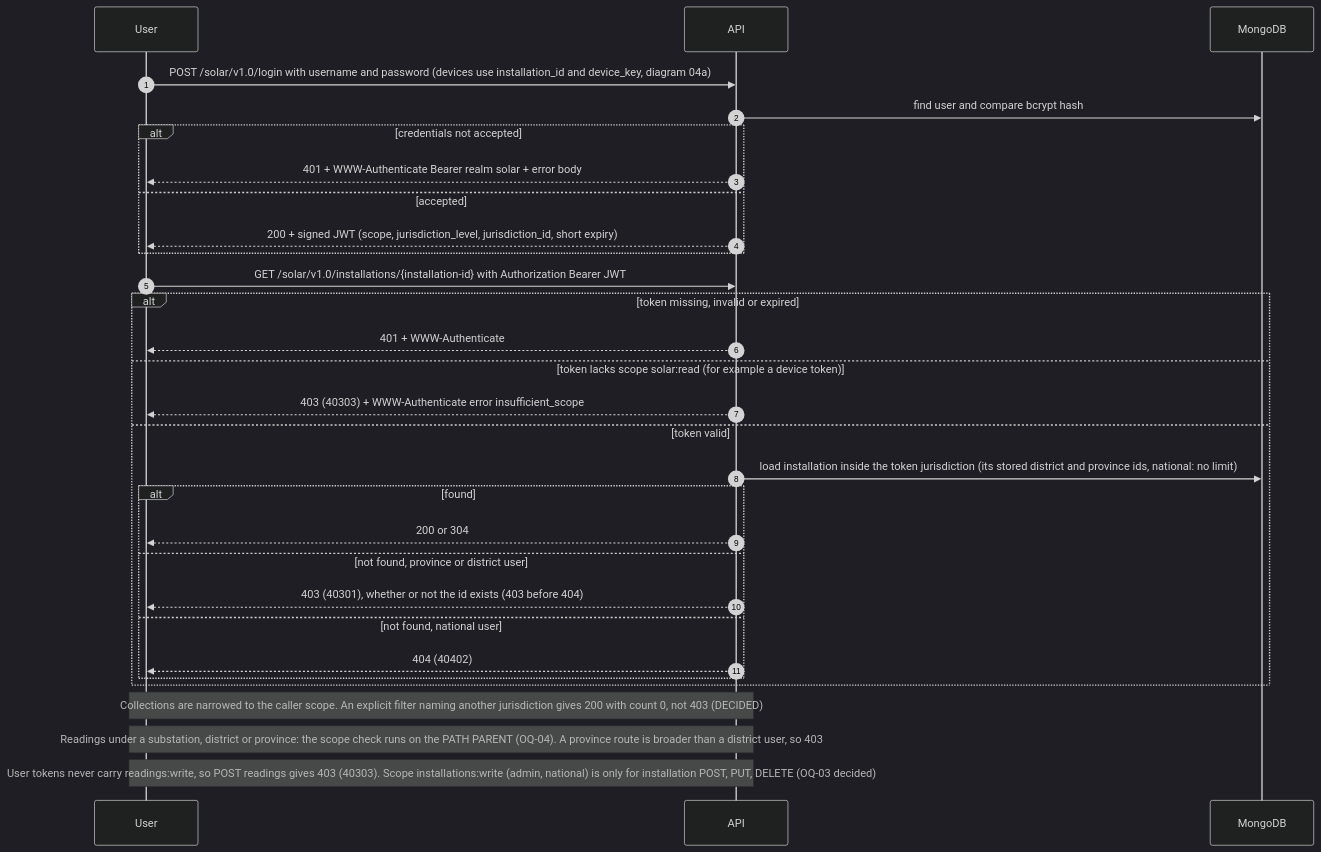
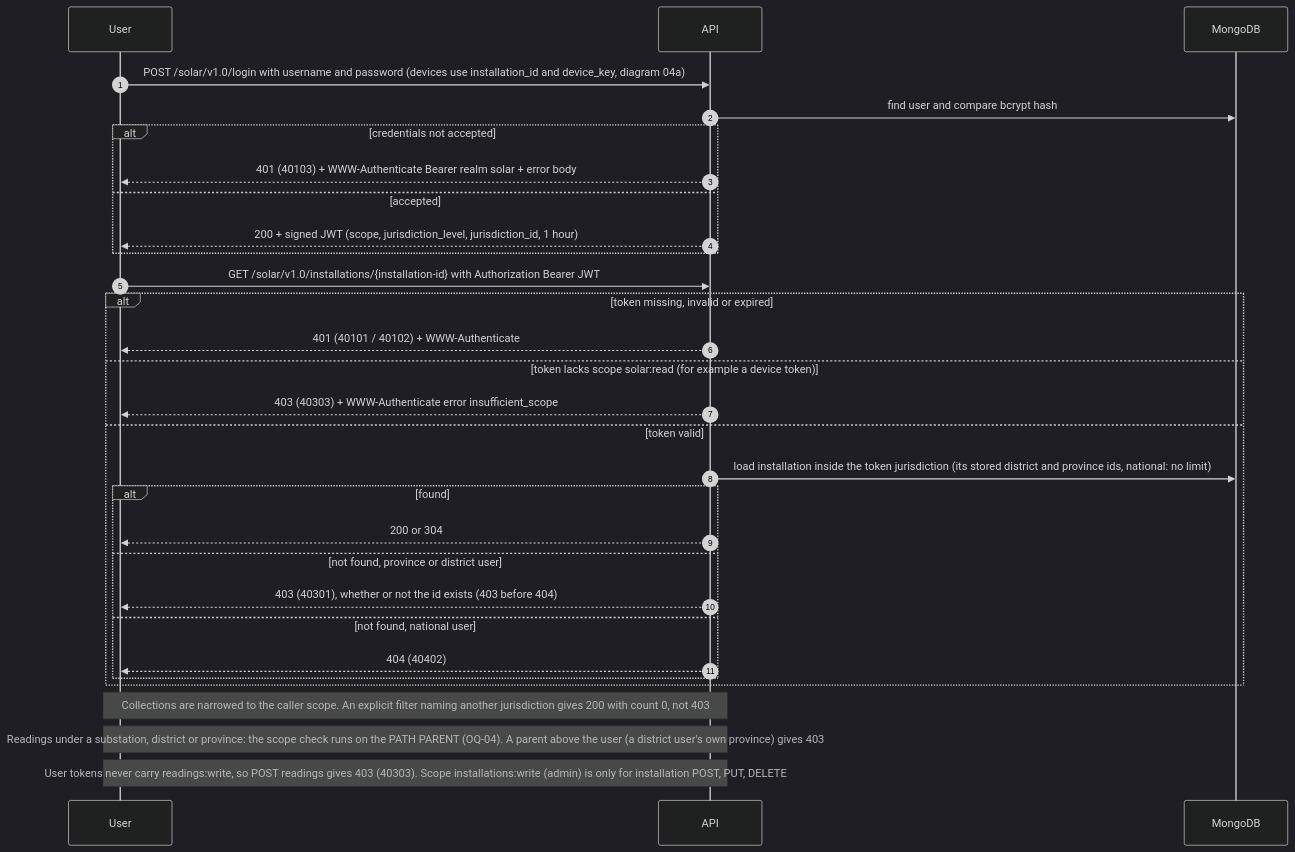
Before and after one commit to hashiniRanasinghe/solar-api: the diagram in docs/design/diagrams/04b-auth-user-read.mmd, drawn with Mermaid (dark theme). The commit also changed 21 other files, not shown here.

Commit message:
docs: cleanup of diagrams, data model, decisions, AI log format, PLAN and playbook

```diff
--- a/docs/design/diagrams/04b-auth-user-read.mmd
+++ b/docs/design/diagrams/04b-auth-user-read.mmd
@@ -1,37 +1,33 @@
 %% 04b-auth-user-read.mmd - Authentication and authorization: user login and jurisdiction-scoped read
 %% Basis: BRIEF §2, §5 (jurisdiction-scoped reads); WP §12.2 (bearer token with scopes), §9; LEC S7 (403 for another jurisdiction)
-%% SUPERSEDED 2026-09-26: Scope rules, collection narrowing and parent-record visibility are PROPOSALS.
-%% Decisions: my-decisions §10. JWT + POST /login confirmed by you. Scope rules, collection narrowing and
-%% parent-record visibility are DECIDED (2026-09-26). Own JWT, NOT a full OAuth flow.
-%% SUPERSEDED 2026-09-26: the load-then-404-then-403 order below (scoped users now get 403 before 404; national users 404).
-%% SUPERSEDED 2026-09-26: an explicit filter naming another jurisdiction gives 403 (now 200 with count 0).
+%% Decisions: my-decisions §10 (JWT + POST /login, scopes, collection narrowing, 403 before 404 for scoped users, ancestors 403). Own JWT, NOT a full OAuth flow.
 sequenceDiagram
   autonumber
   participant U as User
   participant A as API
   participant DB as MongoDB
   U->>A: POST /solar/v1.0/login with username and password (devices use installation_id and device_key, diagram 04a)
   A->>DB: find user and compare bcrypt hash
   alt credentials not accepted
-    A-->>U: 401 + WWW-Authenticate Bearer realm solar + error body
+    A-->>U: 401 (40103) + WWW-Authenticate Bearer realm solar + error body
   else accepted
-    A-->>U: 200 + signed JWT (scope, jurisdiction_level, jurisdiction_id, short expiry)
+    A-->>U: 200 + signed JWT (scope, jurisdiction_level, jurisdiction_id, 1 hour)
   end
   U->>A: GET /solar/v1.0/installations/{installation-id} with Authorization Bearer JWT
   alt token missing, invalid or expired
-    A-->>U: 401 + WWW-Authenticate
+    A-->>U: 401 (40101 / 40102) + WWW-Authenticate
   else token lacks scope solar:read (for example a device token)
     A-->>U: 403 (40303) + WWW-Authenticate error insufficient_scope
   else token valid
     A->>DB: load installation inside the token jurisdiction (its stored district and province ids, national: no limit)
     alt found
       A-->>U: 200 or 304
     else not found, province or district user
       A-->>U: 403 (40301), whether or not the id exists (403 before 404)
     else not found, national user
       A-->>U: 404 (40402)
     end
   end
-  Note over U,A: Collections are narrowed to the caller scope. An explicit filter naming another jurisdiction gives 200 with count 0, not 403 (DECIDED)
-  Note over U,A: Readings under a substation, district or province: the scope check runs on the PATH PARENT (OQ-04). A province route is broader than a district user, so 403
-  Note over U,A: User tokens never carry readings:write, so POST readings gives 403 (40303). Scope installations:write (admin, national) is only for installation POST, PUT, DELETE (OQ-03 decided)
+  Note over U,A: Collections are narrowed to the caller scope. An explicit filter naming another jurisdiction gives 200 with count 0, not 403
+  Note over U,A: Readings under a substation, district or province: the scope check runs on the PATH PARENT (OQ-04). A parent above the user (a district user's own province) gives 403
+  Note over U,A: User tokens never carry readings:write, so POST readings gives 403 (40303). Scope installations:write (admin) is only for installation POST, PUT, DELETE
```
